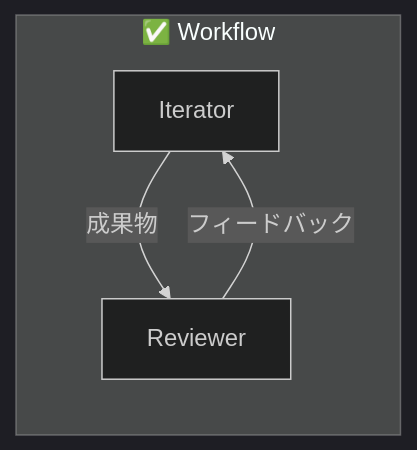
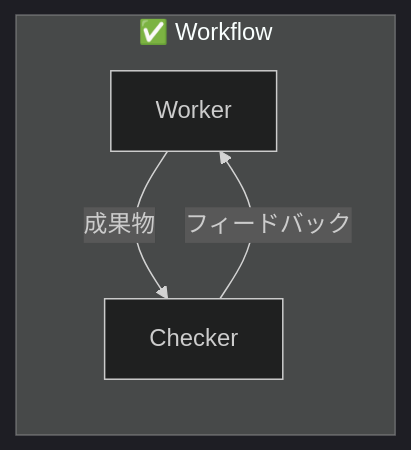
The second of 2 diagrams in docs/guides/ja/00-1-concepts.md (tettuan/climpt), drawn with Mermaid (dark theme) before and after one commit. The commit also changed other lines of this file and 17 other files, not shown here.

````diff
--- a/docs/guides/ja/00-1-concepts.md
+++ b/docs/guides/ja/00-1-concepts.md
@@ -32,7 +32,7 @@
 ```mermaid
 graph LR
   subgraph "✅ Workflow"
-    I[Iterator] -- 成果物 --> R[Reviewer]
-    R -- フィードバック --> I
+    W[Worker] -- 成果物 --> C[Checker]
+    C -- フィードバック --> W
   end
 ```
````
